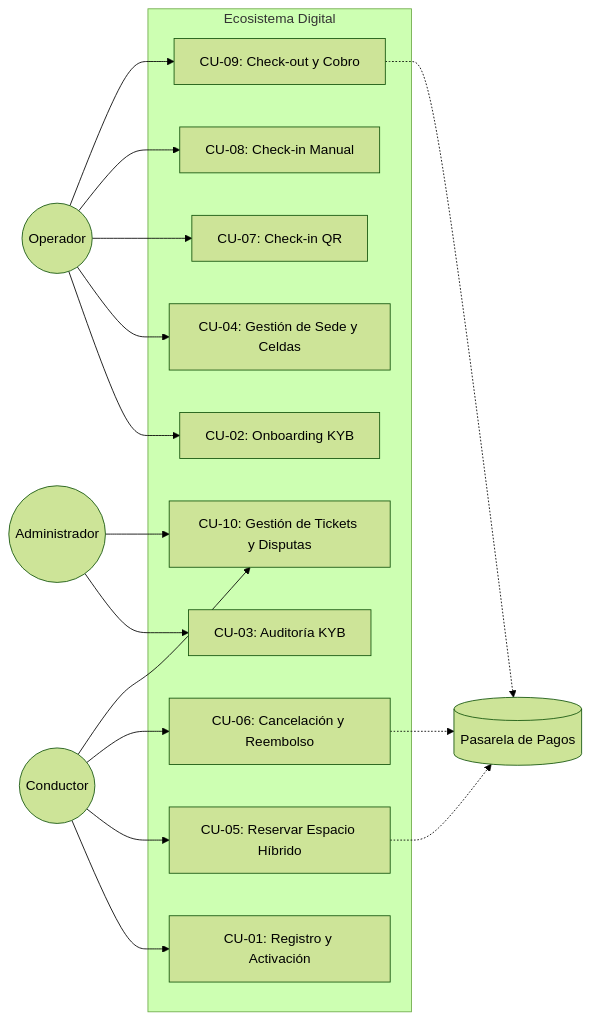
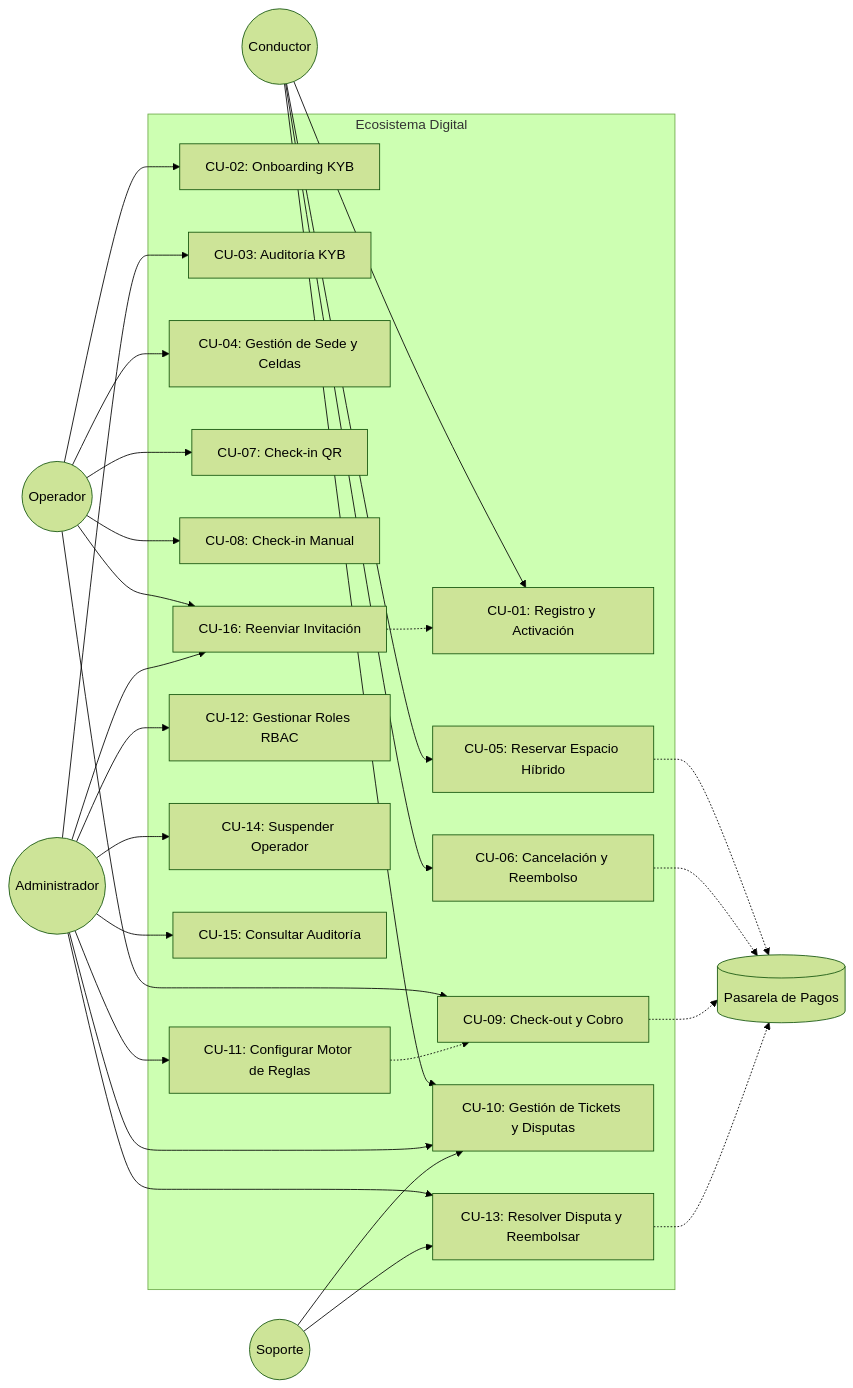
Before and after one commit to Amospad/Locify: the diagram in docs/docs/formativo/04-casos-uso.md, drawn with Mermaid (forest theme). The commit also changed other lines of this file and 4 other files, not shown here.

````diff
--- a/docs/docs/formativo/04-casos-uso.md
+++ b/docs/docs/formativo/04-casos-uso.md
@@ -12,40 +12,59 @@
 ```mermaid
 flowchart LR
     %% Actores
     A1((Administrador))
     A2((Operador))
     A3((Conductor))
     A4[(Pasarela de Pagos)]
+    A5((Soporte))
 
     %% Sistema
     subgraph LOCIFY [Ecosistema Digital]
         CU1[CU-01: Registro y Activación]
         CU2[CU-02: Onboarding KYB]
         CU3[CU-03: Auditoría KYB]
         CU4[CU-04: Gestión de Sede y Celdas]
         CU5[CU-05: Reservar Espacio Híbrido]
         CU6[CU-06: Cancelación y Reembolso]
         CU7[CU-07: Check-in QR]
         CU8[CU-08: Check-in Manual]
         CU9[CU-09: Check-out y Cobro]
         CU10[CU-10: Gestión de Tickets y Disputas]
+        CU11[CU-11: Configurar Motor de Reglas]
+        CU12[CU-12: Gestionar Roles RBAC]
+        CU13[CU-13: Resolver Disputa y Reembolsar]
+        CU14[CU-14: Suspender Operador]
+        CU15[CU-15: Consultar Auditoría]
+        CU16[CU-16: Reenviar Invitación]
     end
 
     %% Relaciones
     A3 --> CU1
     A2 --> CU2
+    A2 --> CU16
     A1 --> CU3
     A2 --> CU4
     A3 --> CU5
     A3 --> CU6
     A2 --> CU7
     A2 --> CU8
     A2 --> CU9
     A3 --> CU10
     A1 --> CU10
+    A1 --> CU11
+    A1 --> CU12
+    A1 --> CU13
+    A1 --> CU14
+    A1 --> CU15
+    A1 --> CU16
+    A5 --> CU10
+    A5 --> CU13
     
     %% Dependencias
     CU5 -.-> A4
     CU6 -.-> A4
     CU9 -.-> A4
+    CU13 -.-> A4
+    CU11 -.-> CU9
+    CU16 -.-> CU1
 ``` 
````
